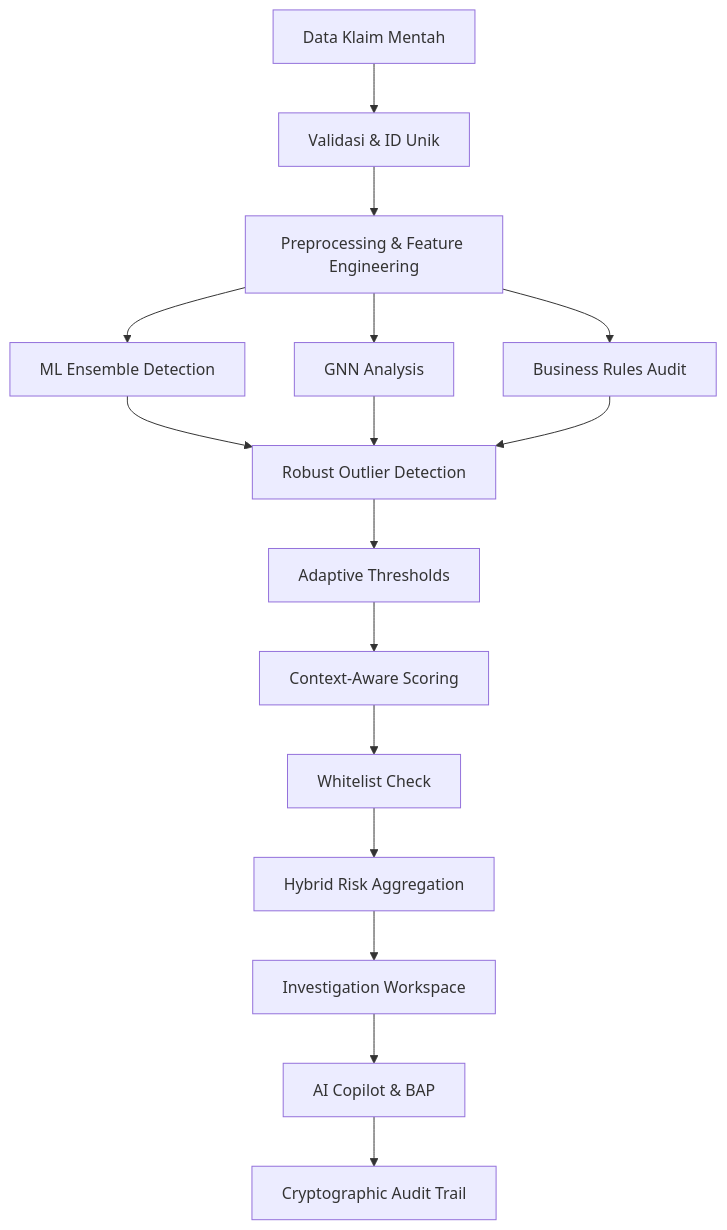
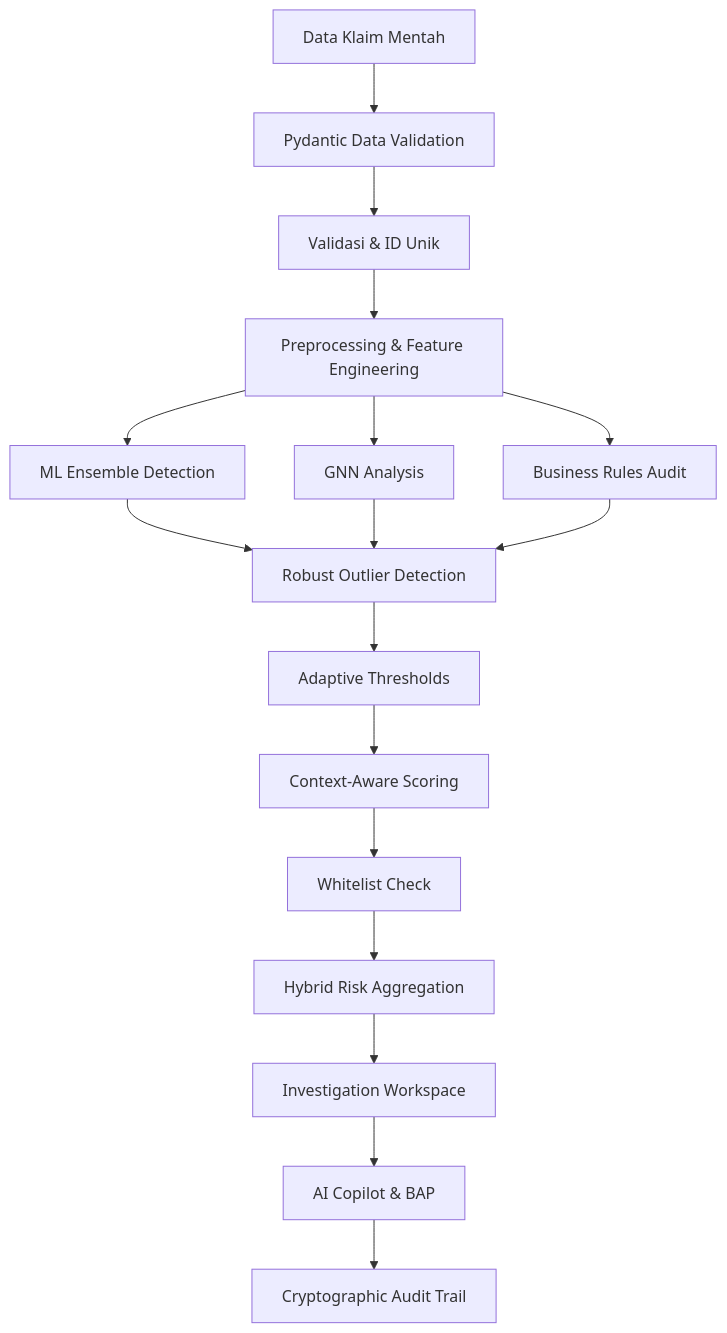
The diagram in README.md (RadenAaKoesoemaWijaya/project-Graphnet), drawn with Mermaid before and after one commit. The commit also changed other lines of this file and 6 other files, not shown here.

Commit message:
modified:   README.md 	modified:   cache/baselines/baselines.json 	modified:   cache/whitelist_config.json 	modified:   data_validator.py 	modified:   requirements.txt 	new file:   schemas.py 	new file:   tests/test_schemas.py

````diff
--- a/README.md
+++ b/README.md
@@ -283,18 +287,19 @@
 ```mermaid
 flowchart TD
-    A[Data Klaim Mentah] --> B[Validasi & ID Unik]
-    B --> C[Preprocessing & Feature Engineering]
-    C --> D[ML Ensemble Detection]
-    C --> E[GNN Analysis]
-    C --> F[Business Rules Audit]
-    D --> G[Robust Outlier Detection]
-    E --> G
-    F --> G
-    G --> H[Adaptive Thresholds]
-    H --> I[Context-Aware Scoring]
-    I --> J[Whitelist Check]
-    J --> K[Hybrid Risk Aggregation]
-    K --> L[Investigation Workspace]
-    L --> M[AI Copilot & BAP]
-    M --> N[Cryptographic Audit Trail]
+    A[Data Klaim Mentah] --> B[Pydantic Data Validation]
+    B --> C[Validasi & ID Unik]
+    C --> D[Preprocessing & Feature Engineering]
+    D --> E[ML Ensemble Detection]
+    D --> F[GNN Analysis]
+    D --> G[Business Rules Audit]
+    E --> H[Robust Outlier Detection]
+    F --> H
+    G --> H
+    H --> I[Adaptive Thresholds]
+    I --> J[Context-Aware Scoring]
+    J --> K[Whitelist Check]
+    K --> L[Hybrid Risk Aggregation]
+    L --> M[Investigation Workspace]
+    M --> N[AI Copilot & BAP]
+    N --> O[Cryptographic Audit Trail]
 ```
````
